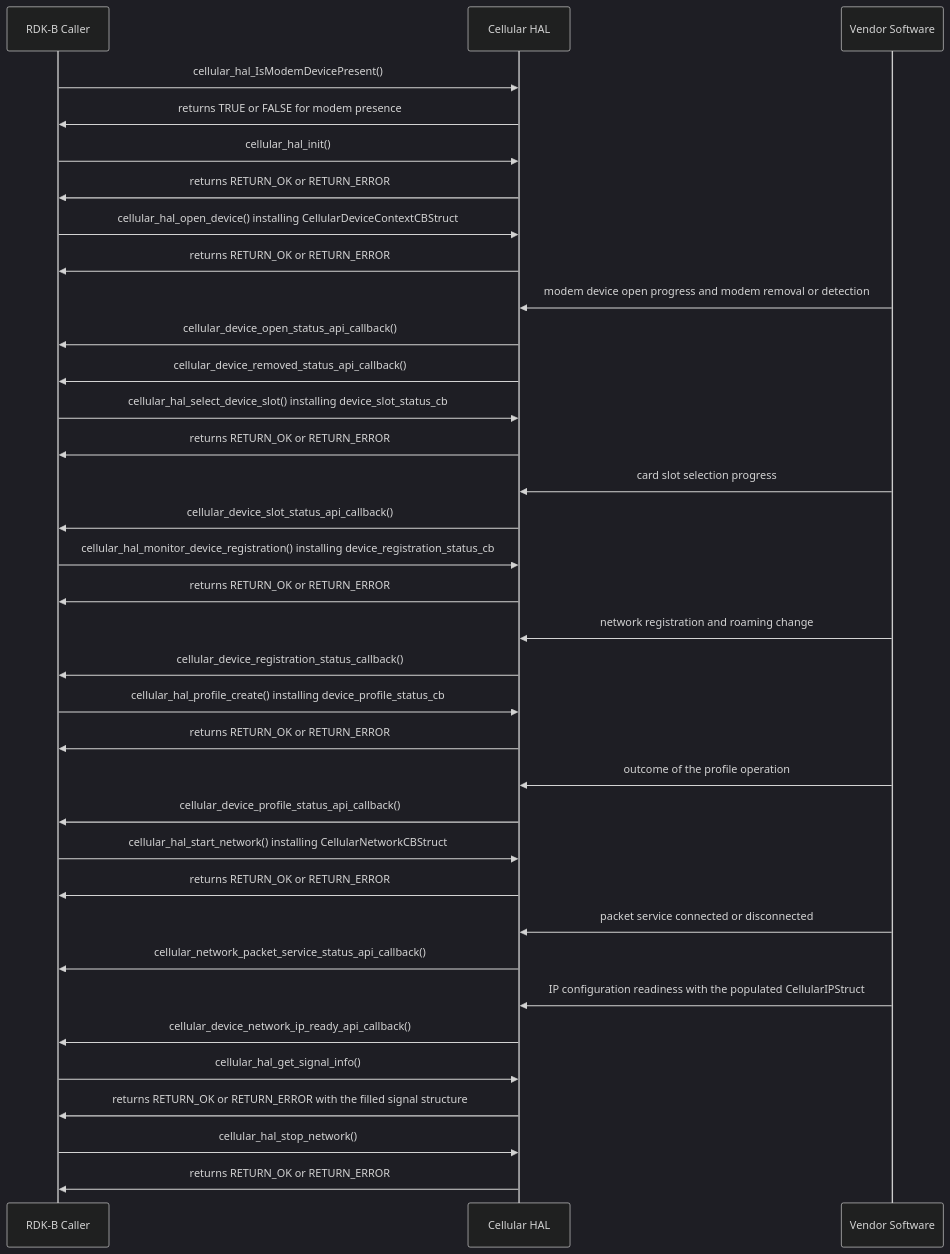
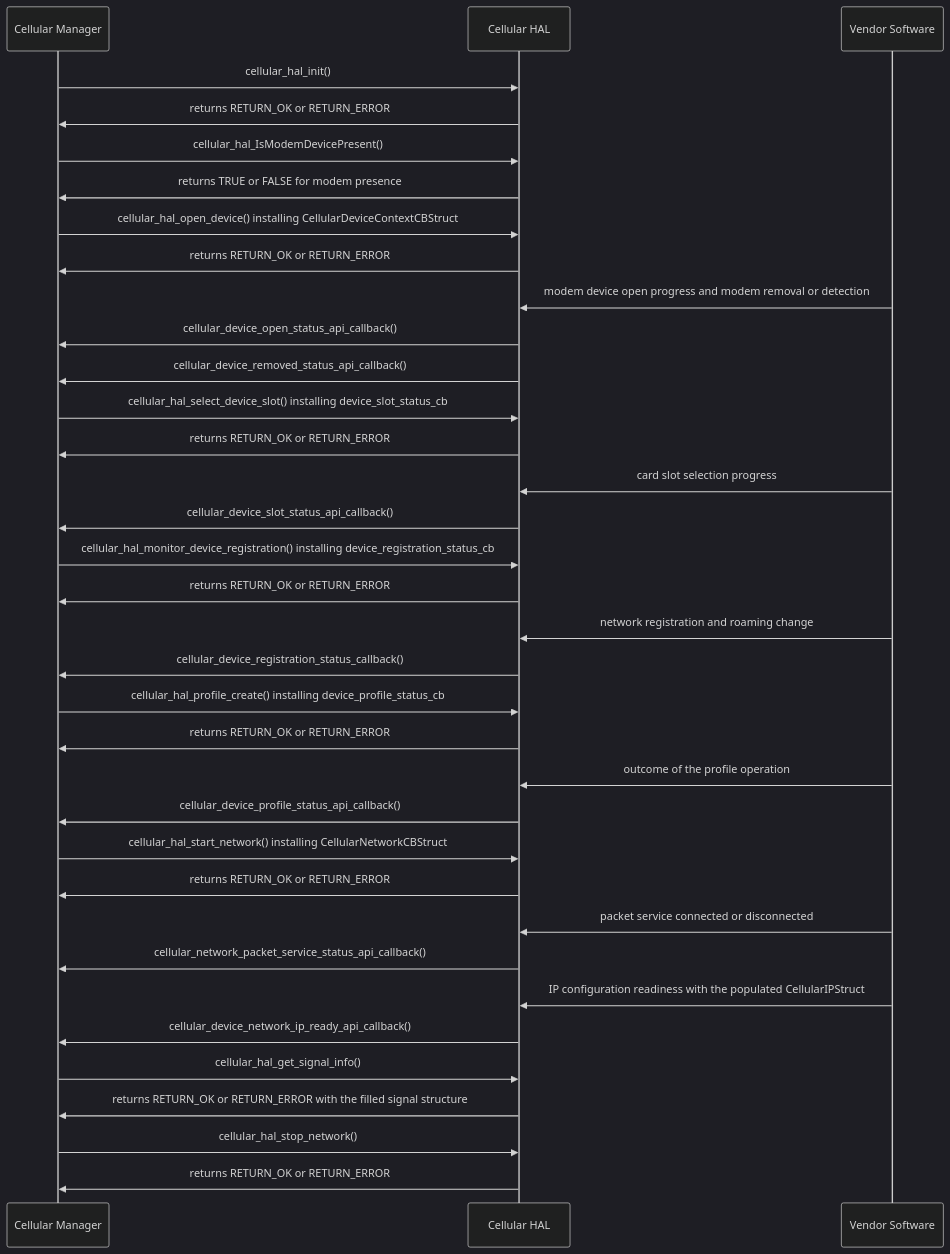
One commit to Blitzy-Sky/rdkb-halif-cellular changed the second of 2 diagrams in docs/pages/halSpec.md. Above: the diagram before and after it, drawn with Mermaid (dark theme). The commit also changed other lines of this file, not shown here.

First line of the commit message:
docs: simplify the Cellular_Manager_HAL specification

````diff
--- a/docs/pages/halSpec.md
+++ b/docs/pages/halSpec.md
@@ -747,45 +464,45 @@
 ```mermaid
 sequenceDiagram
-participant Caller as RDK-B Caller
+participant Caller as Cellular Manager
 participant HAL as Cellular HAL
 participant Vendor as Vendor Software
+Caller->>HAL: cellular_hal_init()
+HAL->>Caller: returns RETURN_OK or RETURN_ERROR
+
 Caller->>HAL: cellular_hal_IsModemDevicePresent()
 HAL->>Caller: returns TRUE or FALSE for modem presence
-
-Caller->>HAL: cellular_hal_init()
-HAL->>Caller: returns RETURN_OK or RETURN_ERROR
 
 Caller->>HAL: cellular_hal_open_device() installing CellularDeviceContextCBStruct
 HAL->>Caller: returns RETURN_OK or RETURN_ERROR
 Vendor->>HAL: modem device open progress and modem removal or detection
 HAL->>Caller: cellular_device_open_status_api_callback()
 HAL->>Caller: cellular_device_removed_status_api_callback()
 
 Caller->>HAL: cellular_hal_select_device_slot() installing device_slot_status_cb
 HAL->>Caller: returns RETURN_OK or RETURN_ERROR
 Vendor->>HAL: card slot selection progress
 HAL->>Caller: cellular_device_slot_status_api_callback()
 
 Caller->>HAL: cellular_hal_monitor_device_registration() installing device_registration_status_cb
 HAL->>Caller: returns RETURN_OK or RETURN_ERROR
 Vendor->>HAL: network registration and roaming change
 HAL->>Caller: cellular_device_registration_status_callback()
 
 Caller->>HAL: cellular_hal_profile_create() installing device_profile_status_cb
 HAL->>Caller: returns RETURN_OK or RETURN_ERROR
 Vendor->>HAL: outcome of the profile operation
 HAL->>Caller: cellular_device_profile_status_api_callback()
 
 Caller->>HAL: cellular_hal_start_network() installing CellularNetworkCBStruct
 HAL->>Caller: returns RETURN_OK or RETURN_ERROR
 Vendor->>HAL: packet service connected or disconnected
 HAL->>Caller: cellular_network_packet_service_status_api_callback()
 Vendor->>HAL: IP configuration readiness with the populated CellularIPStruct
 HAL->>Caller: cellular_device_network_ip_ready_api_callback()
 
 Caller->>HAL: cellular_hal_get_signal_info()
 HAL->>Caller: returns RETURN_OK or RETURN_ERROR with the filled signal structure
 
 Caller->>HAL: cellular_hal_stop_network()
 HAL->>Caller: returns RETURN_OK or RETURN_ERROR
 ```
````
